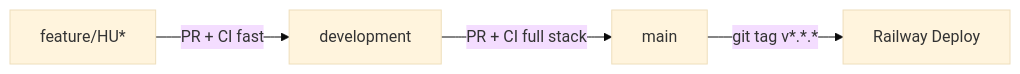
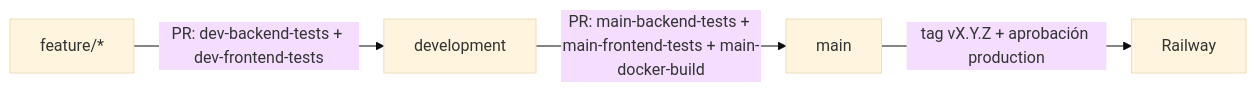
Before and after one commit to danielCH26/arch-agent: the diagram in docs/CI-CD.md, drawn with Mermaid (base theme). The commit also changed other lines of this file and 1 other file, not shown here.

````diff
--- a/docs/CI-CD.md
+++ b/docs/CI-CD.md
@@ -20,6 +50,6 @@
 ```mermaid
 graph LR
-    A[feature/HU*] -->|PR + CI fast| B[development]
-    B -->|PR + CI full stack| C[main]
-    C -->|git tag v*.*.*| D[Railway Deploy]
+    A[feature/*] -->|PR: dev-backend-tests + dev-frontend-tests| B[development]
+    B -->|PR: main-backend-tests + main-frontend-tests + main-docker-build| C[main]
+    C -->|tag vX.Y.Z + aprobación production| D[Railway]
 ```
````
